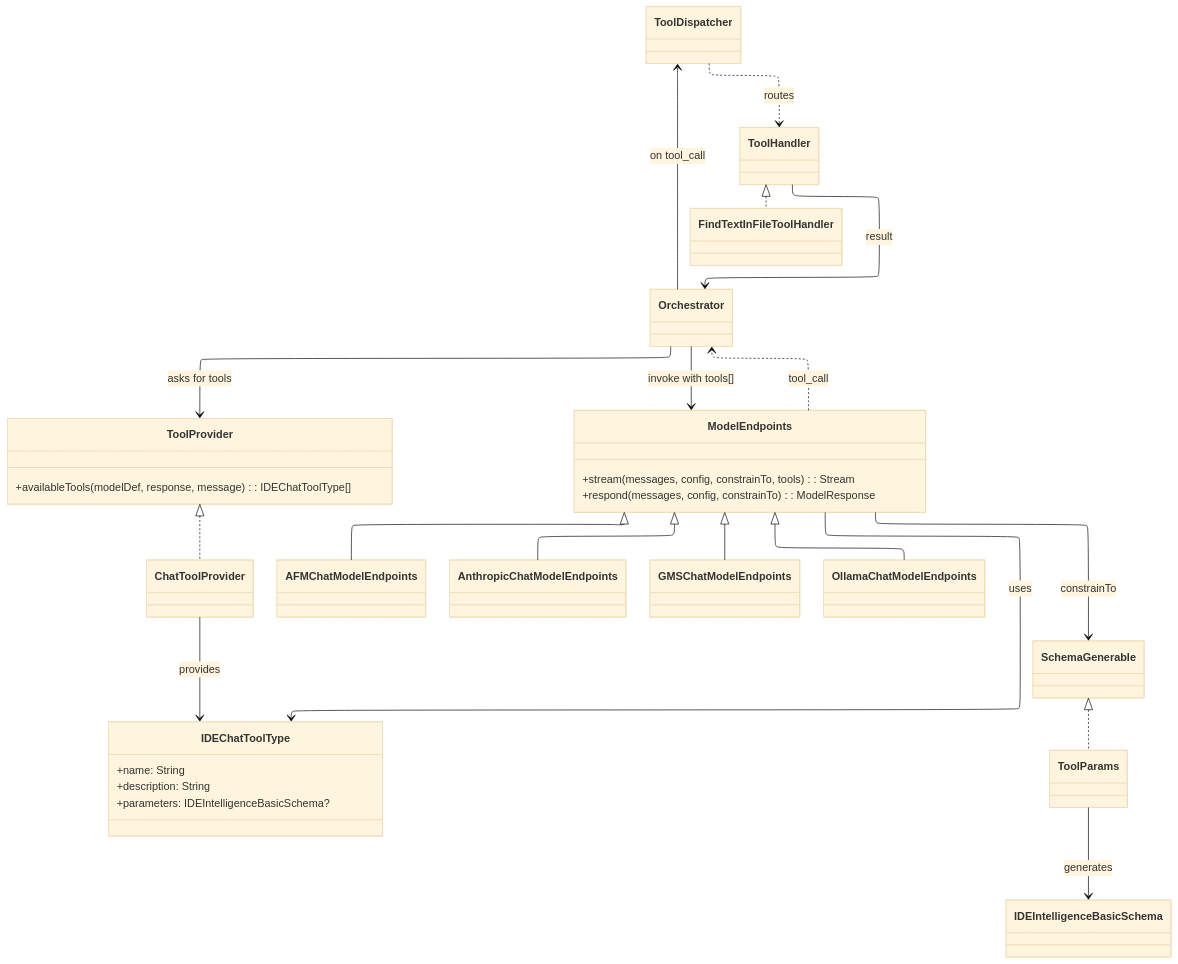
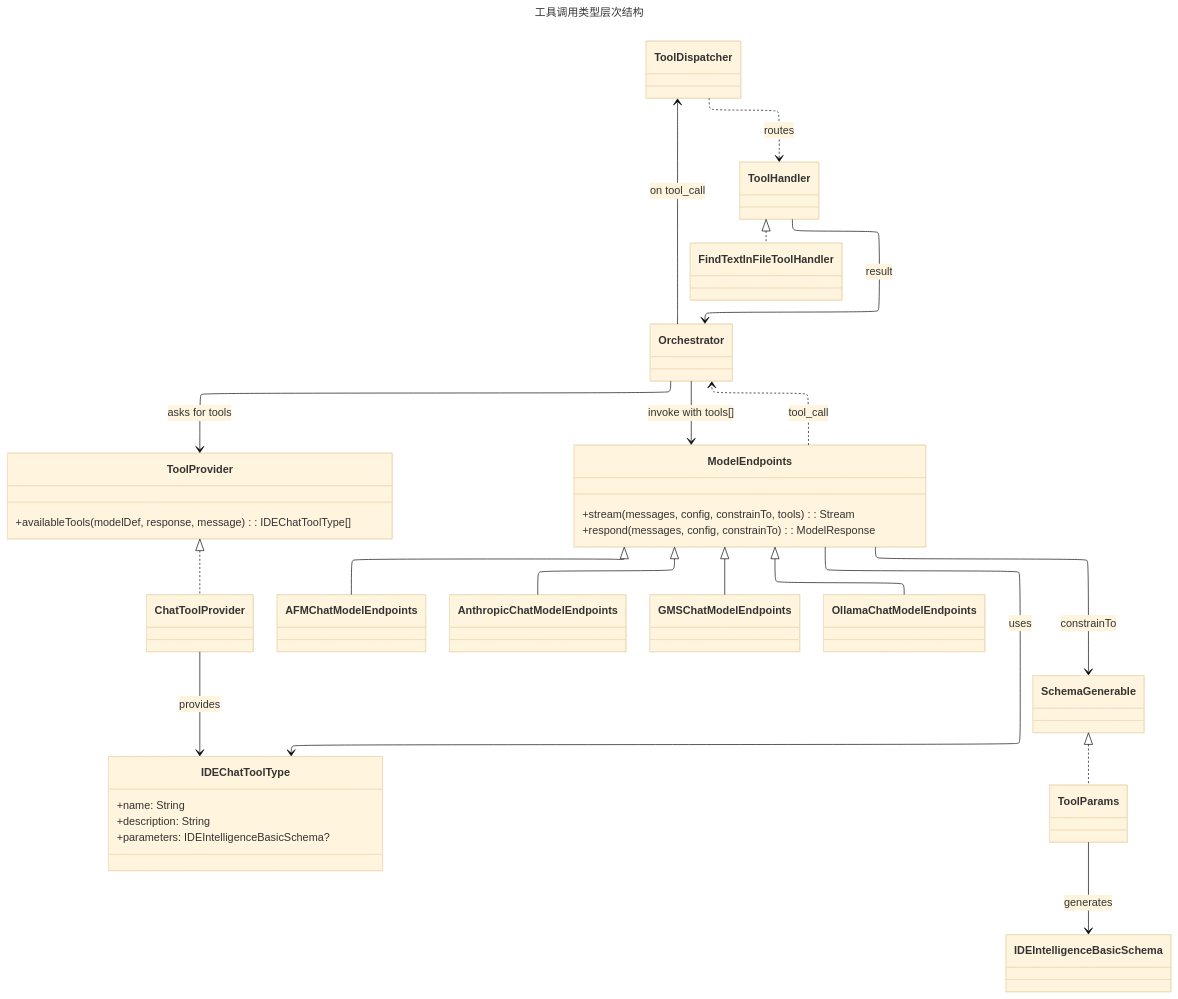
One commit to WeZZard/MyWorks changed the second of 3 diagrams in 2025-08-31-the-cupertino-ghost-in-the-machine/zh-Hans/index_raw.md. Above: the diagram before and after it, drawn with Mermaid (base theme). The commit also changed other lines of this file and 3 other files, not shown here.

Commit message:
Refines the texts and adds the accessibility descriptions to the diagrams.

````diff
--- a/2025-08-31-the-cupertino-ghost-in-the-machine/zh-Hans/index_raw.md
+++ b/2025-08-31-the-cupertino-ghost-in-the-machine/zh-Hans/index_raw.md
@@ -251,52 +254,55 @@
 ```mermaid
 ---
+title: "工具调用类型层次结构"
+accTitle: "工具调用类型层次结构"
+accDescr: "一张类图，详细说明了工具调用的体系结构。核心的 'Orchestrator' 与 'ToolProvider' 交互以发现可用工具，这些工具表示为 'IDEChatToolType' 对象。'Orchestrator' 随后调用 'ModelEndpoints' 类，并向其提供工具列表。该系统支持多种模型后端，例如 'AFMChatModelEndpoints'、'AnthropicChatModelEndpoints' 和 'OllamaChatModelEndpoints' 等类都继承自一个基础的 'ModelEndpoints'。当模型决定使用工具时，它会向 'Orchestrator' 发送一个 'tool_call' 请求。'Orchestrator' 将此请求转发给 'ToolDispatcher'，后者将其路由到正确的 'ToolHandler' 实现，例如 'FindTextInFileToolHandler'。处理器处理该调用并将结果返回给 'Orchestrator'。"
 config:
   layout: elk
 ---
 classDiagram
 class Orchestrator
 class ToolProvider {
   +availableTools(modelDef, response, message) : IDEChatToolType[]
 }
 class ChatToolProvider
 ToolProvider <|.. ChatToolProvider
 ChatToolProvider --> IDEChatToolType : provides
 
 class IDEChatToolType {
   +name: String
   +description: String
   +parameters: IDEIntelligenceBasicSchema?
 }
 
 class SchemaGenerable
 class IDEIntelligenceBasicSchema
 SchemaGenerable <|.. ToolParams
 ToolParams --> IDEIntelligenceBasicSchema : generates
 
 class ModelEndpoints {
   +stream(messages, config, constrainTo, tools) : Stream
   +respond(messages, config, constrainTo) : ModelResponse
 }
 class AFMChatModelEndpoints
 class AnthropicChatModelEndpoints
 class GMSChatModelEndpoints
 class OllamaChatModelEndpoints
 ModelEndpoints <|-- AFMChatModelEndpoints
 ModelEndpoints <|-- AnthropicChatModelEndpoints
 ModelEndpoints <|-- GMSChatModelEndpoints
 ModelEndpoints <|-- OllamaChatModelEndpoints
 
 Orchestrator --> ToolProvider : asks for tools
 Orchestrator --> ModelEndpoints : invoke with tools[]
 ModelEndpoints --> IDEChatToolType : uses
 ModelEndpoints --> SchemaGenerable : constrainTo
 
 class ToolDispatcher
 class ToolHandler
 class FindTextInFileToolHandler
 ToolHandler <|.. FindTextInFileToolHandler
 ModelEndpoints ..> Orchestrator : tool_call
 Orchestrator --> ToolDispatcher : on tool_call
 ToolDispatcher ..> ToolHandler : routes
 ToolHandler --> Orchestrator : result
 ```
````
